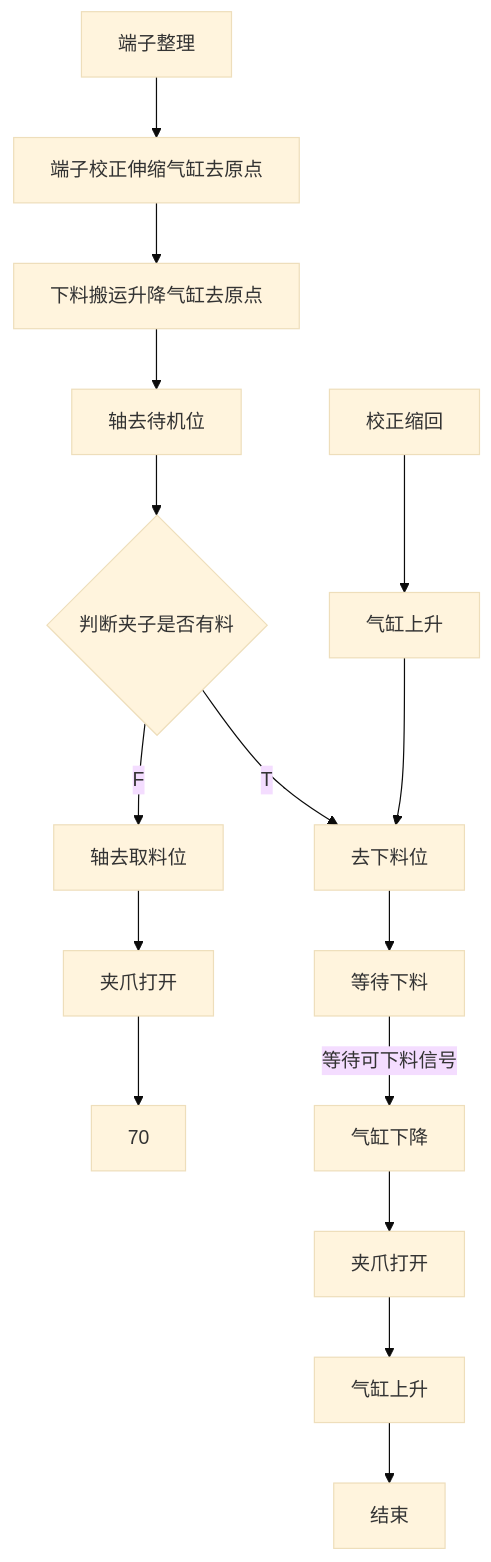
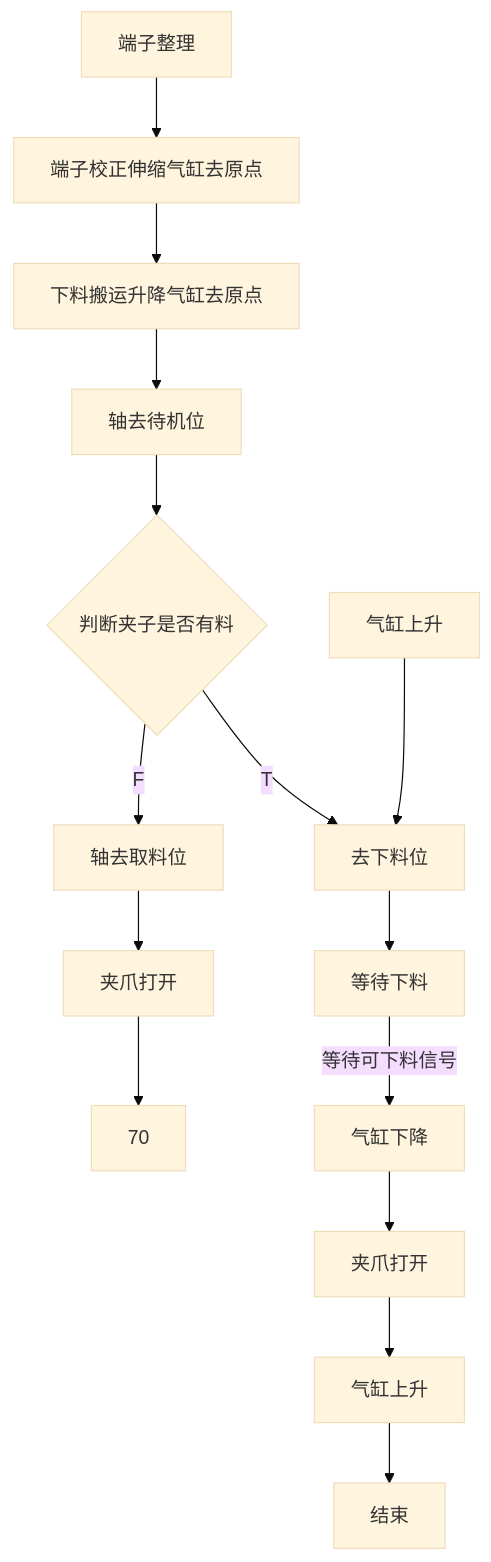
One commit to zmq000/iodraw-files changed the diagram in all/VR-OP90端子整理.md. Above: the diagram before and after it, drawn with Mermaid (base theme).

Commit message:
2026-06-18 11:08:30 update

````diff
--- a/all/VR-OP90端子整理.md
+++ b/all/VR-OP90端子整理.md
@@ -1,26 +1,26 @@
 ```mermaid
 graph TD
 0[端子整理]-->10
 10[端子校正伸缩气缸去原点]-->20
 20[下料搬运升降气缸去原点]-->30
 30[轴去待机位]-->40
 40{判断夹子是否有料}-->|T|130
 40-->|F|50
 50[轴去取料位]-->60
 60[夹爪打开]-->70
 %% 70[下降到位]-->80
 %% 80[夹爪加紧]-->90
 %% 90[校正伸出]-->100
 %% 100[预留]-->110
-110[校正缩回]-->120
+%% 110[校正缩回]-->120
 120[气缸上升]-->130
 130[去下料位]-->140
 140[等待下料]-->|等待可下料信号|150
 150[气缸下降]-->160
 160[夹爪打开]-->170
 170[气缸上升]-->180
 180[结束]
 
 
   
 ```
````
